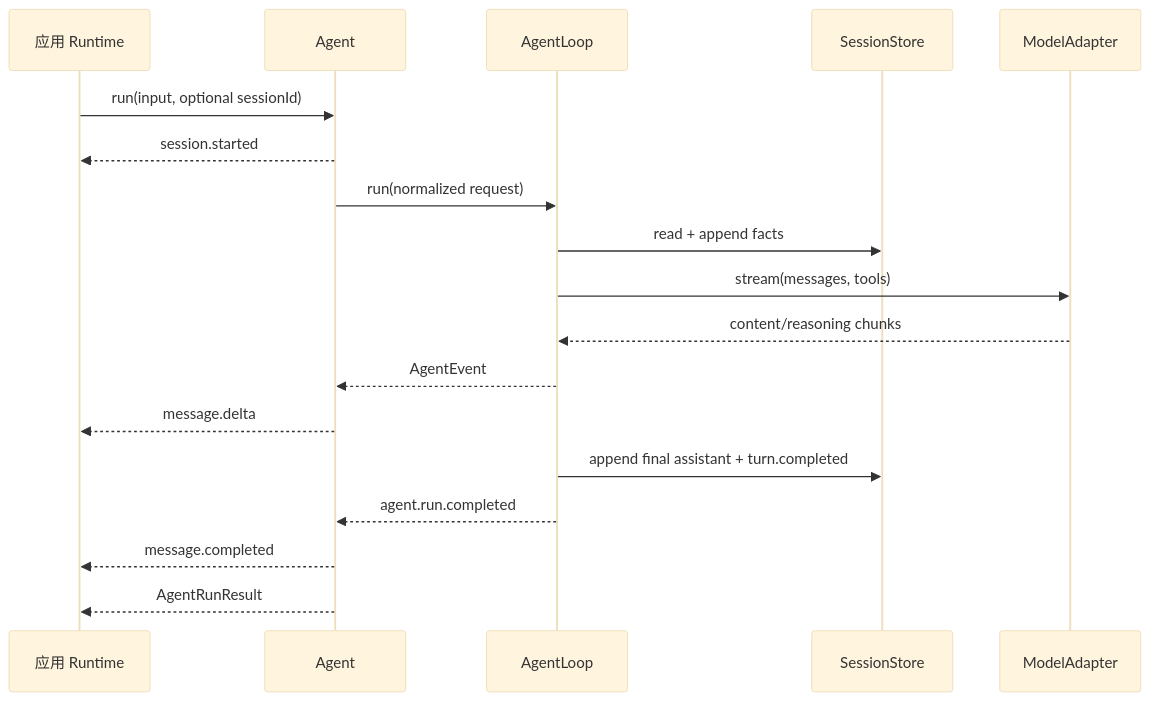
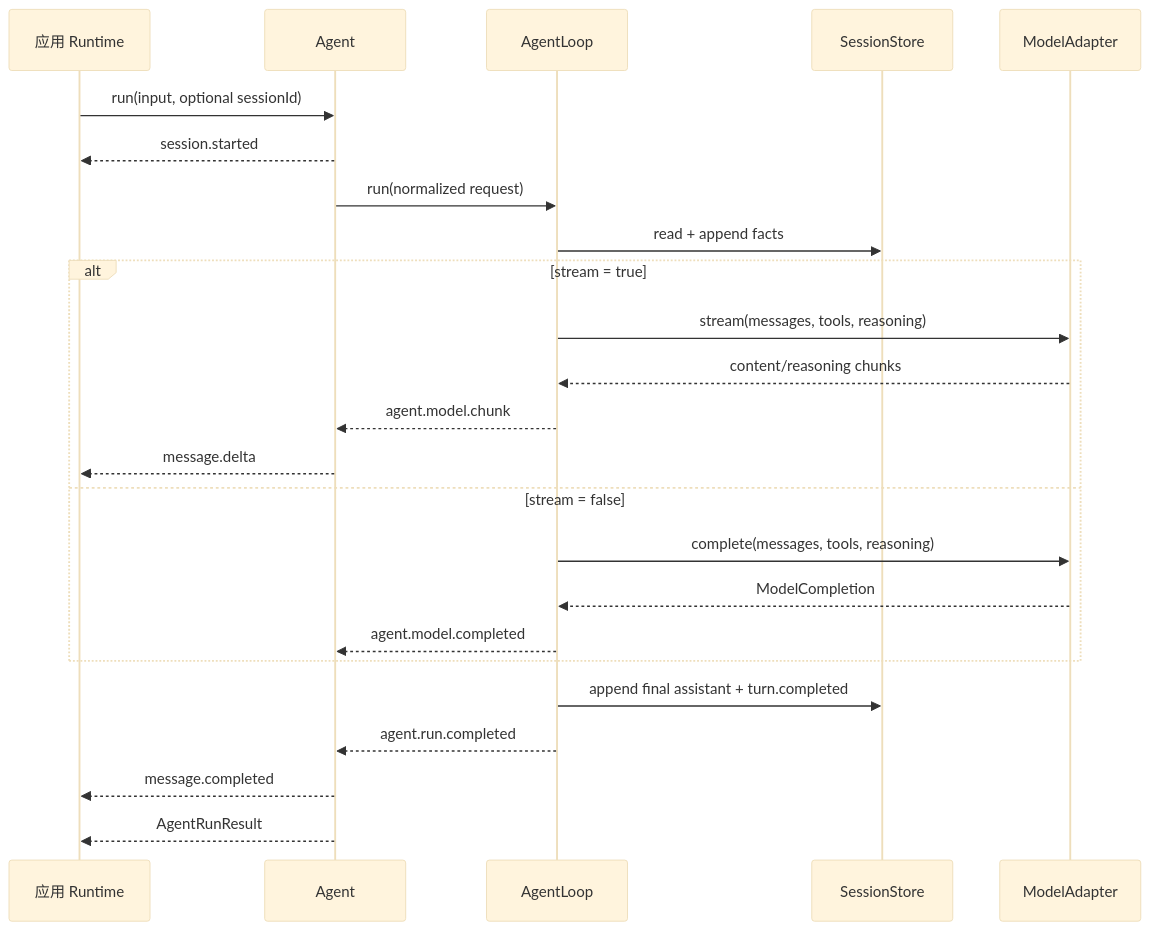
One commit to AlbertE1990/crafteHarness changed the second of 2 diagrams in docs/learning/craft-agent-facade.md. Above: the diagram before and after it, drawn with Mermaid (base theme). The commit also changed other lines of this file and 37 other files, not shown here.

````diff
--- a/docs/learning/craft-agent-facade.md
+++ b/docs/learning/craft-agent-facade.md
@@ -118,21 +127,27 @@
 ```mermaid
 sequenceDiagram
   participant App as 应用 Runtime
   participant A as Agent
   participant L as AgentLoop
   participant S as SessionStore
   participant M as ModelAdapter
 
   App->>A: run(input, optional sessionId)
   A-->>App: session.started
   A->>L: run(normalized request)
   L->>S: read + append facts
-  L->>M: stream(messages, tools)
-  M-->>L: content/reasoning chunks
-  L-->>A: AgentEvent
-  A-->>App: message.delta
+  alt stream = true
+    L->>M: stream(messages, tools, reasoning)
+    M-->>L: content/reasoning chunks
+    L-->>A: agent.model.chunk
+    A-->>App: message.delta
+  else stream = false
+    L->>M: complete(messages, tools, reasoning)
+    M-->>L: ModelCompletion
+    L-->>A: agent.model.completed
+  end
   L->>S: append final assistant + turn.completed
   L-->>A: agent.run.completed
   A-->>App: message.completed
   A-->>App: AgentRunResult
 ```
````
